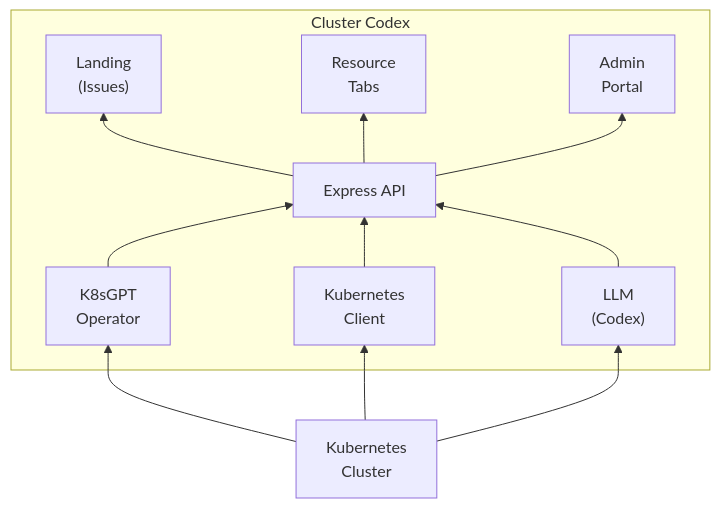
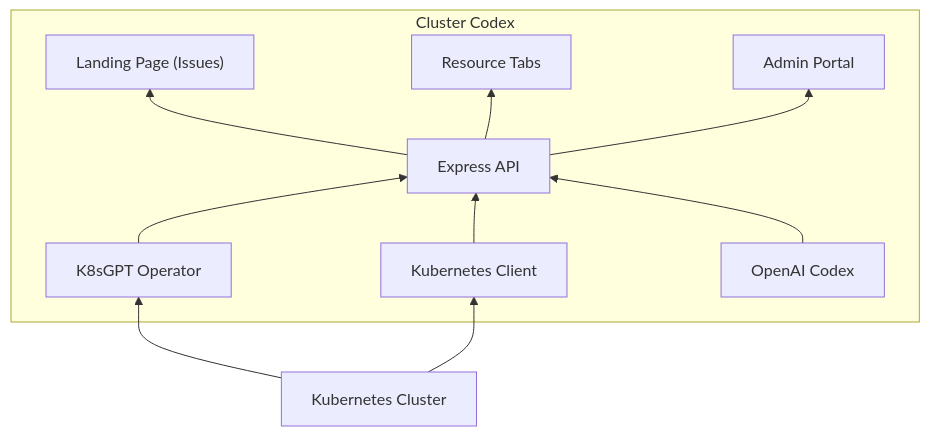
The diagram in README.md (justinthelaw/clustercodex), drawn with Mermaid before and after one commit.

Commit message:
fix mermaid diagram

````diff
--- a/README.md
+++ b/README.md
@@ -26,26 +26,25 @@
 ```mermaid
 graph BT
-    Cluster["Kubernetes<br/>Cluster"]
+    Cluster["Kubernetes Cluster"]
 
     subgraph ClusterCodex["Cluster Codex"]
-        K8sGPT["K8sGPT<br/>Operator"]
-        K8sClient["Kubernetes<br/>Client"]
-        LLM["LLM<br/>(Codex)"]
+        K8sGPT["K8sGPT Operator"]
+        K8sClient["Kubernetes Client"]
+        LLM["OpenAI Codex"]
         API["Express API"]
-        Landing["Landing<br/>(Issues)"]
-        Resources["Resource<br/>Tabs"]
-        Admin["Admin<br/>Portal"]
+        Landing["Landing Page (Issues)"]
+        Resources["Resource Tabs"]
+        Admin["Admin Portal"]
 
         K8sGPT --> API
         K8sClient --> API
         LLM --> API
 
         API --> Landing
         API --> Resources
         API --> Admin
     end
 
     Cluster --> K8sGPT
     Cluster --> K8sClient
-    Cluster --> LLM
 ```
````
